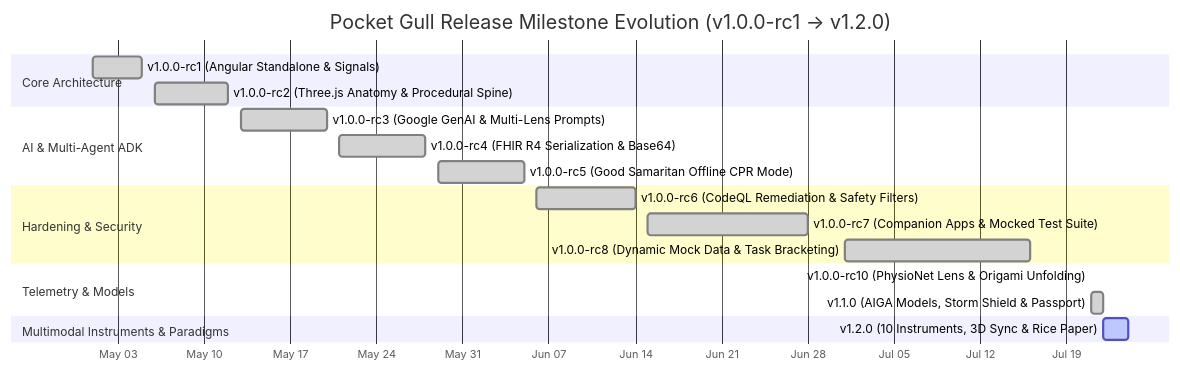
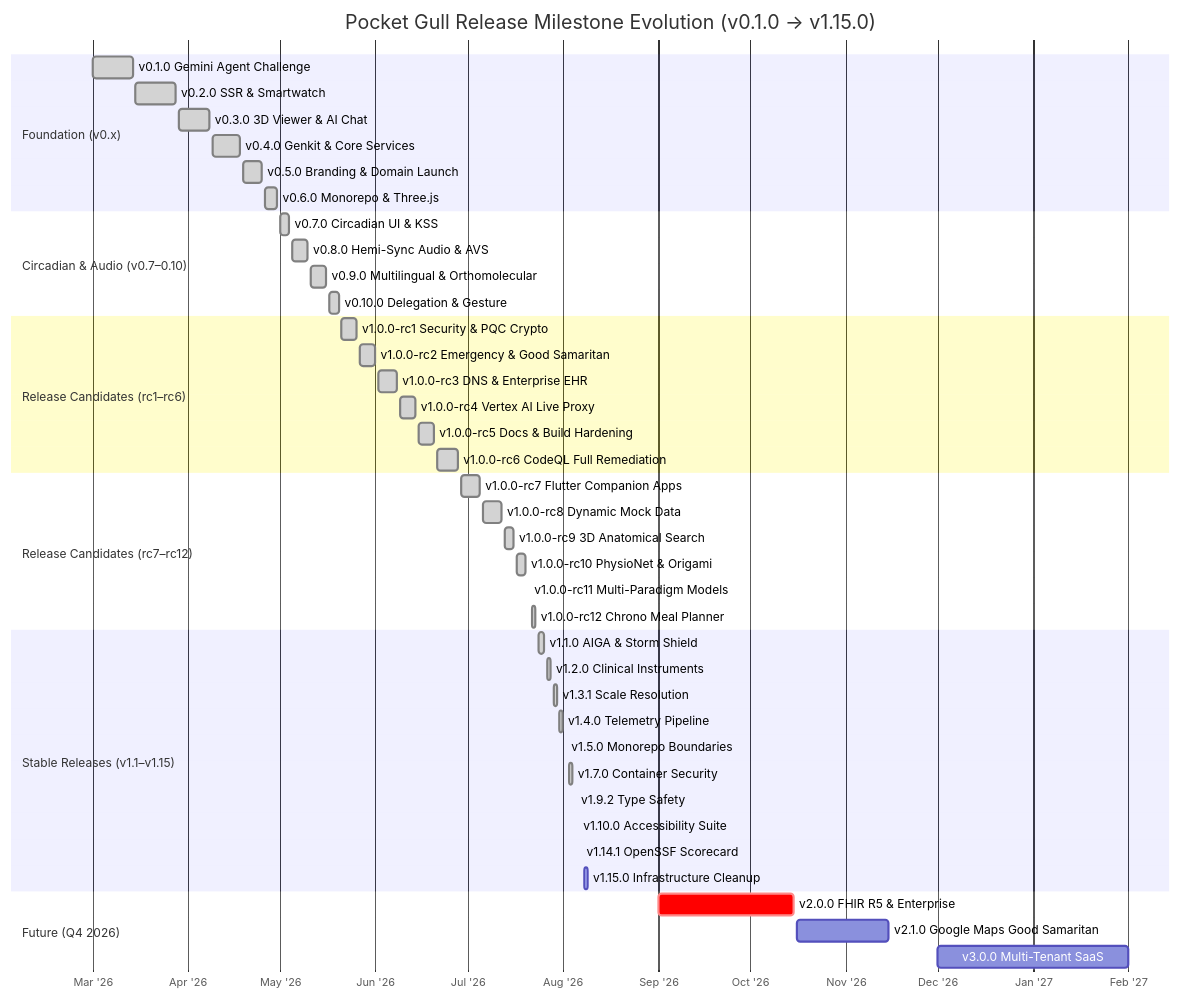
The first of 2 diagrams in docs/study/src/pages/git-roadmap.mdx (philgear/pocketgull), drawn with Mermaid before and after one commit. The commit also changed other lines of this file, not shown here.

First line of the commit message:
docs(roadmap): populate full release history and Gantt chart

````diff
--- a/docs/study/src/pages/git-roadmap.mdx
+++ b/docs/study/src/pages/git-roadmap.mdx
@@ -16,27 +62,53 @@
 ```mermaid
 gantt
-    title Pocket Gull Release Milestone Evolution (v1.0.0-rc1 -> v1.2.0)
+    title Pocket Gull Release Milestone Evolution (v0.1.0 → v1.15.0)
     dateFormat  YYYY-MM-DD
-    axisFormat  %b %d
+    axisFormat  %b '%y
 
-    section Core Architecture
-    v1.0.0-rc1 (Angular Standalone & Signals)       :done, rc1, 2026-05-01, 2026-05-05
-    v1.0.0-rc2 (Three.js Anatomy & Procedural Spine):done, rc2, 2026-05-06, 2026-05-12
+    section Foundation (v0.x)
+    v0.1.0 Gemini Agent Challenge          :done, v01, 2026-03-01, 2026-03-14
+    v0.2.0 SSR & Smartwatch                :done, v02, 2026-03-15, 2026-03-28
+    v0.3.0 3D Viewer & AI Chat             :done, v03, 2026-03-29, 2026-04-08
+    v0.4.0 Genkit & Core Services          :done, v04, 2026-04-09, 2026-04-18
+    v0.5.0 Branding & Domain Launch        :done, v05, 2026-04-19, 2026-04-25
+    v0.6.0 Monorepo & Three.js             :done, v06, 2026-04-26, 2026-04-30
 
-    section AI & Multi-Agent ADK
-    v1.0.0-rc3 (Google GenAI & Multi-Lens Prompts)  :done, rc3, 2026-05-13, 2026-05-20
-    v1.0.0-rc4 (FHIR R4 Serialization & Base64)     :done, rc4, 2026-05-21, 2026-05-28
-    v1.0.0-rc5 (Good Samaritan Offline CPR Mode)    :done, rc5, 2026-05-29, 2026-06-05
+    section Circadian & Audio (v0.7–0.10)
+    v0.7.0 Circadian UI & KSS             :done, v07, 2026-05-01, 2026-05-04
+    v0.8.0 Hemi-Sync Audio & AVS          :done, v08, 2026-05-05, 2026-05-10
+    v0.9.0 Multilingual & Orthomolecular   :done, v09, 2026-05-11, 2026-05-16
+    v0.10.0 Delegation & Gesture           :done, v010, 2026-05-17, 2026-05-20
 
-    section Hardening & Security
-    v1.0.0-rc6 (CodeQL Remediation & Safety Filters):done, rc6, 2026-06-06, 2026-06-14
-    v1.0.0-rc7 (Companion Apps & Mocked Test Suite) :done, rc7, 2026-06-15, 2026-06-28
-    v1.0.0-rc8 (Dynamic Mock Data & Task Bracketing):done, rc8, 2026-07-01, 2026-07-16
+    section Release Candidates (rc1–rc6)
+    v1.0.0-rc1 Security & PQC Crypto      :done, rc1, 2026-05-21, 2026-05-26
+    v1.0.0-rc2 Emergency & Good Samaritan  :done, rc2, 2026-05-27, 2026-06-01
+    v1.0.0-rc3 DNS & Enterprise EHR        :done, rc3, 2026-06-02, 2026-06-08
+    v1.0.0-rc4 Vertex AI Live Proxy        :done, rc4, 2026-06-09, 2026-06-14
+    v1.0.0-rc5 Docs & Build Hardening      :done, rc5, 2026-06-15, 2026-06-20
+    v1.0.0-rc6 CodeQL Full Remediation     :done, rc6, 2026-06-21, 2026-06-28
 
-    section Telemetry & Models
-    v1.0.0-rc10 (PhysioNet Lens & Origami Unfolding):done, rc10, 2026-07-21, 2026-07-21
-    v1.1.0 (AIGA Models, Storm Shield & Passport)   :done, v11, 2026-07-21, 2026-07-22
+    section Release Candidates (rc7–rc12)
+    v1.0.0-rc7 Flutter Companion Apps      :done, rc7, 2026-06-29, 2026-07-05
+    v1.0.0-rc8 Dynamic Mock Data           :done, rc8, 2026-07-06, 2026-07-12
+    v1.0.0-rc9 3D Anatomical Search        :done, rc9, 2026-07-13, 2026-07-16
+    v1.0.0-rc10 PhysioNet & Origami        :done, rc10, 2026-07-17, 2026-07-20
+    v1.0.0-rc11 Multi-Paradigm Models      :done, rc11, 2026-07-21, 2026-07-21
+    v1.0.0-rc12 Chrono Meal Planner        :done, rc12, 2026-07-22, 2026-07-23
 
-    section Multimodal Instruments & Paradigms
-    v1.2.0 (10 Instruments, 3D Sync & Rice Paper)   :active, v12, 2026-07-22, 2d
+    section Stable Releases (v1.1–v1.15)
+    v1.1.0 AIGA & Storm Shield             :done, v11, 2026-07-24, 2026-07-26
+    v1.2.0 Clinical Instruments            :done, v12, 2026-07-27, 2026-07-28
+    v1.3.1 Scale Resolution                :done, v13, 2026-07-29, 2026-07-30
+    v1.4.0 Telemetry Pipeline              :done, v14, 2026-07-31, 2026-08-01
+    v1.5.0 Monorepo Boundaries             :done, v15, 2026-08-02, 2026-08-02
+    v1.7.0 Container Security              :done, v17, 2026-08-03, 2026-08-04
+    v1.9.2 Type Safety                     :done, v19, 2026-08-05, 2026-08-05
+    v1.10.0 Accessibility Suite            :done, v110, 2026-08-06, 2026-08-06
+    v1.14.1 OpenSSF Scorecard              :done, v114, 2026-08-07, 2026-08-07
+    v1.15.0 Infrastructure Cleanup         :active, v115, 2026-08-08, 1d
+
+    section Future (Q4 2026)
+    v2.0.0 FHIR R5 & Enterprise           :crit, v20, 2026-09-01, 2026-10-15
+    v2.1.0 Google Maps Good Samaritan     :v21, 2026-10-16, 2026-11-15
+    v3.0.0 Multi-Tenant SaaS              :v30, 2026-12-01, 2027-02-01
 ```
````
